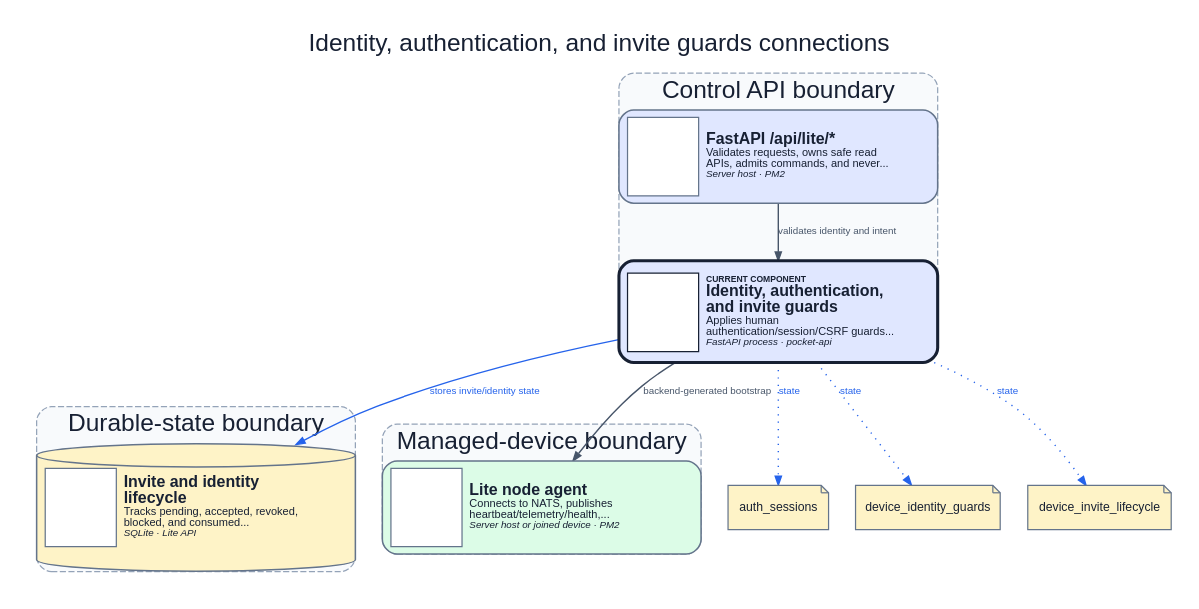
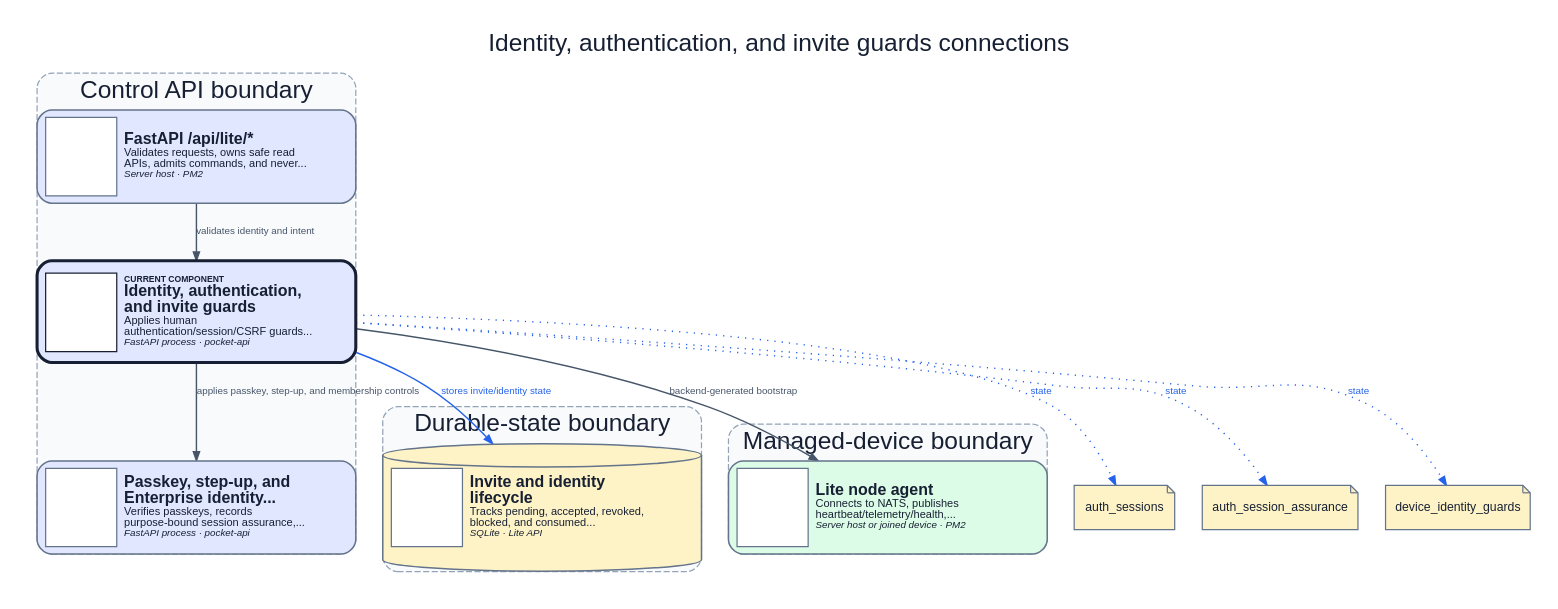
The diagram in docs/assets/diagrams/production/components/api-guards.light.dot (dexter-lab-ctrl/pocket-lab-lite), drawn with Graphviz before and after one commit. The commit also changed 291 other files, not shown here.

```diff
--- a/docs/assets/diagrams/production/components/api-guards.light.dot
+++ b/docs/assets/diagrams/production/components/api-guards.light.dot
@@ -1,72 +1,74 @@
 digraph component_api_guards {
   graph [
     rankdir="TB",
     splines="spline",
     compound="true",
     newrank="true",
     nodesep="0.30",
     ranksep="0.52",
     ratio="compress",
     pad="0.20",
     margin="0",
     outputorder="edgesfirst",
     bgcolor="#ffffff",
     fontcolor="#172033",
     fontname="Arial",
     label="Identity, authentication, and invite guards connections",
     labelloc="t",
     fontsize="20"
   ];
   node [
     fontname="Arial",
     fontsize="10",
     color="#64748b",
     fontcolor="#172033",
     margin="0.12,0.08"
   ];
   edge [
     fontname="Arial",
     fontsize="8",
     color="#64748b",
     fontcolor="#475569",
     arrowsize="0.72",
     penwidth="1.15"
   ];
   subgraph "cluster_control-api" {
     label="Control API boundary";
     style="rounded,dashed,filled";
     color="#94a3b8";
     fillcolor="#f8fafc";
     fontcolor="#172033";
     penwidth="1.0";
     "api-guards" [label=<<TABLE BORDER="0" CELLBORDER="0" CELLSPACING="0" CELLPADDING="6"><TR><TD FIXEDSIZE="TRUE" WIDTH="58" HEIGHT="64" ALIGN="CENTER" VALIGN="MIDDLE" BORDER="1" BGCOLOR="#FFFFFF" HREF="#PLICON__api-guards" TITLE="Architecture icon anchor"><FONT POINT-SIZE="1">&#160;</FONT></TD><TD WIDTH="188" ALIGN="LEFT" BALIGN="LEFT" VALIGN="MIDDLE"><FONT POINT-SIZE="7"><B>CURRENT COMPONENT</B></FONT><BR/><FONT POINT-SIZE="13"><B>Identity, authentication,<BR/>and invite guards</B></FONT><BR/><FONT POINT-SIZE="9">Applies human<BR/>authentication/session/CSRF guards...</FONT><BR/><FONT POINT-SIZE="8"><I>FastAPI process · pocket-api</I></FONT></TD></TR></TABLE>>, shape="box", style="rounded,filled,bold", fillcolor="#e0e7ff", color="#172033", fontcolor="#172033", penwidth="2.5", tooltip="Identity, authentication, and invite guards. Applies human authentication/session/CSRF guards plus device identity, duplicate, protected-host, and fail-closed invite/bootstrap acceptance guards.", URL="../../../../generated/production/architecture/components/api-guards/", target="_top", margin="0.10,0.08"];
+    "identity-access-controls" [label=<<TABLE BORDER="0" CELLBORDER="0" CELLSPACING="0" CELLPADDING="6"><TR><TD FIXEDSIZE="TRUE" WIDTH="58" HEIGHT="64" ALIGN="CENTER" VALIGN="MIDDLE" BORDER="1" BGCOLOR="#FFFFFF" HREF="#PLICON__identity-access-controls" TITLE="Architecture icon anchor"><FONT POINT-SIZE="1">&#160;</FONT></TD><TD WIDTH="188" ALIGN="LEFT" BALIGN="LEFT" VALIGN="MIDDLE"><FONT POINT-SIZE="13"><B>Passkey, step-up, and<BR/>Enterprise identity...</B></FONT><BR/><FONT POINT-SIZE="9">Verifies passkeys, records<BR/>purpose-bound session assurance,...</FONT><BR/><FONT POINT-SIZE="8"><I>FastAPI process · pocket-api</I></FONT></TD></TR></TABLE>>, shape="box", style="rounded,filled", fillcolor="#e0e7ff", color="#64748b", fontcolor="#172033", penwidth="1.25", tooltip="Passkey, step-up, and Enterprise identity controls. Verifies passkeys, records purpose-bound session assurance, and resolves server-owned Enterprise memberships and final-Owner protection; it does not create a browser-held authority.", URL="../../../../generated/production/architecture/components/identity-access-controls/", target="_top", margin="0.10,0.08"];
     "lite-api" [label=<<TABLE BORDER="0" CELLBORDER="0" CELLSPACING="0" CELLPADDING="6"><TR><TD FIXEDSIZE="TRUE" WIDTH="58" HEIGHT="64" ALIGN="CENTER" VALIGN="MIDDLE" BORDER="1" BGCOLOR="#FFFFFF" HREF="#PLICON__lite-api" TITLE="Architecture icon anchor"><FONT POINT-SIZE="1">&#160;</FONT></TD><TD WIDTH="188" ALIGN="LEFT" BALIGN="LEFT" VALIGN="MIDDLE"><FONT POINT-SIZE="13"><B>FastAPI /api/lite/*</B></FONT><BR/><FONT POINT-SIZE="9">Validates requests, owns safe read<BR/>APIs, admits commands, and never...</FONT><BR/><FONT POINT-SIZE="8"><I>Server host · PM2</I></FONT></TD></TR></TABLE>>, shape="box", style="rounded,filled", fillcolor="#e0e7ff", color="#64748b", fontcolor="#172033", penwidth="1.25", tooltip="FastAPI /api/lite/*. Validates requests, owns safe read APIs, admits commands, and never delegates browser execution directly to NATS or shell.", URL="../../../../generated/production/architecture/components/lite-api/", target="_top", margin="0.10,0.08"];
   }
   subgraph "cluster_durable-state" {
     label="Durable-state boundary";
     style="rounded,dashed,filled";
     color="#94a3b8";
     fillcolor="#f8fafc";
     fontcolor="#172033";
     penwidth="1.0";
     "invite-state" [label=<<TABLE BORDER="0" CELLBORDER="0" CELLSPACING="0" CELLPADDING="6"><TR><TD FIXEDSIZE="TRUE" WIDTH="58" HEIGHT="64" ALIGN="CENTER" VALIGN="MIDDLE" BORDER="1" BGCOLOR="#FFFFFF" HREF="#PLICON__invite-state" TITLE="Architecture icon anchor"><FONT POINT-SIZE="1">&#160;</FONT></TD><TD WIDTH="188" ALIGN="LEFT" BALIGN="LEFT" VALIGN="MIDDLE"><FONT POINT-SIZE="13"><B>Invite and identity<BR/>lifecycle</B></FONT><BR/><FONT POINT-SIZE="9">Tracks pending, accepted, revoked,<BR/>blocked, and consumed...</FONT><BR/><FONT POINT-SIZE="8"><I>SQLite · Lite API</I></FONT></TD></TR></TABLE>>, shape="cylinder", style="rounded,filled", fillcolor="#fef3c7", color="#64748b", fontcolor="#172033", penwidth="1.25", tooltip="Invite and identity lifecycle. Tracks pending, accepted, revoked, blocked, and consumed invite/identity state with duplicate and mismatch guards.", URL="../../../../generated/production/architecture/components/invite-state/", target="_top", margin="0.10,0.08"];
   }
   subgraph "cluster_managed-device" {
     label="Managed-device boundary";
     style="rounded,dashed,filled";
     color="#94a3b8";
     fillcolor="#f8fafc";
     fontcolor="#172033";
     penwidth="1.0";
     "node-agent" [label=<<TABLE BORDER="0" CELLBORDER="0" CELLSPACING="0" CELLPADDING="6"><TR><TD FIXEDSIZE="TRUE" WIDTH="58" HEIGHT="64" ALIGN="CENTER" VALIGN="MIDDLE" BORDER="1" BGCOLOR="#FFFFFF" HREF="#PLICON__node-agent" TITLE="Architecture icon anchor"><FONT POINT-SIZE="1">&#160;</FONT></TD><TD WIDTH="188" ALIGN="LEFT" BALIGN="LEFT" VALIGN="MIDDLE"><FONT POINT-SIZE="13"><B>Lite node agent</B></FONT><BR/><FONT POINT-SIZE="9">Connects to NATS, publishes<BR/>heartbeat/telemetry/health,...</FONT><BR/><FONT POINT-SIZE="8"><I>Server host or joined device · PM2</I></FONT></TD></TR></TABLE>>, shape="box", style="rounded,filled", fillcolor="#dcfce7", color="#64748b", fontcolor="#172033", penwidth="1.25", tooltip="Lite node agent. Connects to NATS, publishes heartbeat/telemetry/health, handles device commands, and reconnects after outages.", URL="../../../../generated/production/architecture/components/node-agent/", target="_top", margin="0.10,0.08"];
   }
   "lite-api" -> "api-guards" [label="validates identity and intent", tooltip="validates identity and intent (Python)", style="solid", arrowhead="normal", color="#475569", fontcolor="#475569", penwidth="1.15", arrowsize="0.72"];
   "api-guards" -> "node-agent" [label="backend-generated bootstrap", tooltip="backend-generated bootstrap (Shell artifact)", style="solid", arrowhead="normal", color="#475569", fontcolor="#475569", penwidth="1.15", arrowsize="0.72"];
+  "api-guards" -> "identity-access-controls" [label="applies passkey, step-up, and membership controls", tooltip="applies passkey, step-up, and membership controls (Python)", style="solid", arrowhead="normal", color="#475569", fontcolor="#475569", penwidth="1.15", arrowsize="0.72"];
   "api-guards" -> "invite-state" [label="stores invite/identity state", tooltip="stores invite/identity state (SQLite)", style="solid", arrowhead="normal", color="#2563eb", fontcolor="#2563eb", penwidth="1.15", arrowsize="0.72"];
   "state_dependency_0" [label="auth_sessions", shape="note", style="filled", fillcolor="#fef3c7", color="#64748b", fontcolor="#172033", tooltip="Durable-state dependency"];
   "api-guards" -> "state_dependency_0" [label="state", style="dotted", color="#2563eb", fontcolor="#2563eb"];
-  "state_dependency_1" [label="device_identity_guards", shape="note", style="filled", fillcolor="#fef3c7", color="#64748b", fontcolor="#172033", tooltip="Durable-state dependency"];
+  "state_dependency_1" [label="auth_session_assurance", shape="note", style="filled", fillcolor="#fef3c7", color="#64748b", fontcolor="#172033", tooltip="Durable-state dependency"];
   "api-guards" -> "state_dependency_1" [label="state", style="dotted", color="#2563eb", fontcolor="#2563eb"];
-  "state_dependency_2" [label="device_invite_lifecycle", shape="note", style="filled", fillcolor="#fef3c7", color="#64748b", fontcolor="#172033", tooltip="Durable-state dependency"];
+  "state_dependency_2" [label="device_identity_guards", shape="note", style="filled", fillcolor="#fef3c7", color="#64748b", fontcolor="#172033", tooltip="Durable-state dependency"];
   "api-guards" -> "state_dependency_2" [label="state", style="dotted", color="#2563eb", fontcolor="#2563eb"];
 }
```
